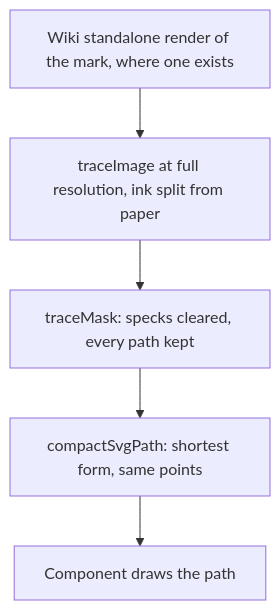
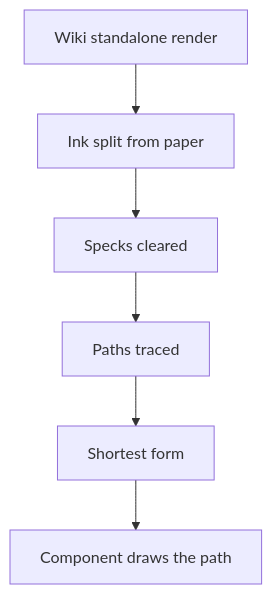
The diagram in openspec/specs/genshin/parity/tracing/design.md (Esposter/Esposter), drawn with Mermaid before and after one commit. The commit also changed 11 other files, not shown here.

````diff
--- a/openspec/specs/genshin/parity/tracing/design.md
+++ b/openspec/specs/genshin/parity/tracing/design.md
@@ -11,7 +11,8 @@
 ```mermaid
 flowchart TD
-  WIKI["Wiki standalone render of the mark, where one exists"] --> TRACE["traceImage at full resolution, ink split from paper"]
-  TRACE --> MASK["traceMask: specks cleared, every path kept"]
-  MASK --> COMPACT["compactSvgPath: shortest form, same points"]
+  WIKI["Wiki standalone render"] --> SPLIT["Ink split from paper"]
+  SPLIT --> SPECKS["Specks cleared"]
+  SPECKS --> TRACE["Paths traced"]
+  TRACE --> COMPACT["Shortest form"]
   COMPACT --> COMP["Component draws the path"]
 ```
````
